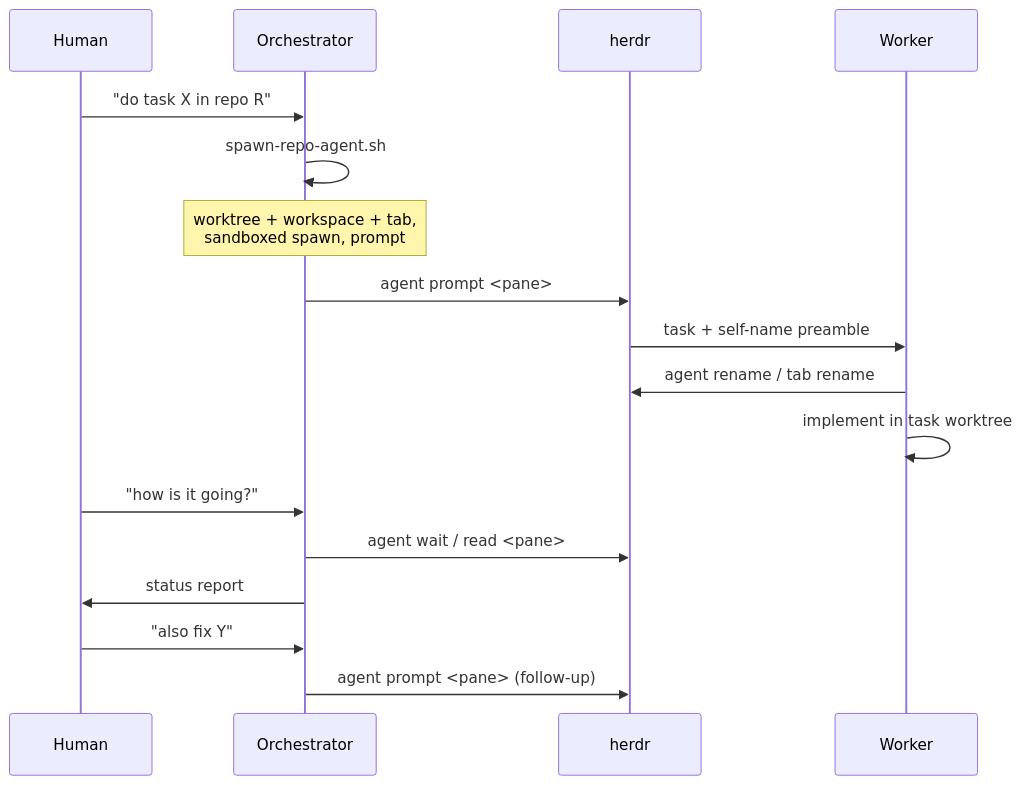
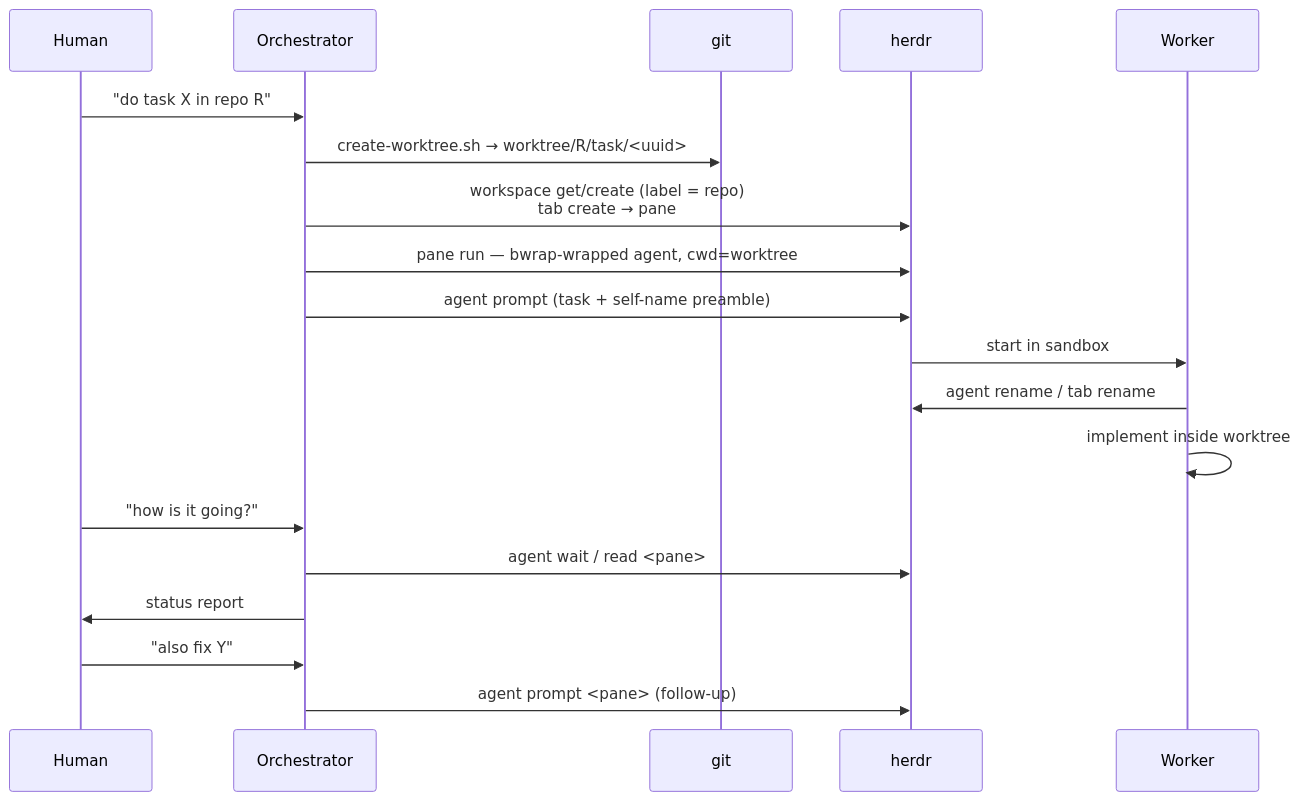
One commit to Nyarducks/Worktreeharness changed the diagram in docs/design/orchestration.md. Above: the diagram before and after it, drawn with Mermaid. The commit also changed other lines of this file and 7 other files, not shown here.

````diff
--- a/docs/design/orchestration.md
+++ b/docs/design/orchestration.md
@@ -16,20 +22,22 @@
 ```mermaid
 sequenceDiagram
     participant H as Human
     participant O as Orchestrator
+    participant G as git
     participant R as herdr
     participant W as Worker
 
     H->>O: "do task X in repo R"
-    O->>O: spawn-repo-agent.sh
-    Note over O: worktree + workspace + tab,<br/>sandboxed spawn, prompt
-    O->>R: agent prompt <pane>
-    R->>W: task + self-name preamble
+    O->>G: create-worktree.sh → worktree/R/task/<uuid>
+    O->>R: workspace get/create (label = repo)<br/>tab create → pane
+    O->>R: pane run — bwrap-wrapped agent, cwd=worktree
+    O->>R: agent prompt (task + self-name preamble)
+    R->>W: start in sandbox
     W->>R: agent rename / tab rename
-    W->>W: implement in task worktree
+    W->>W: implement inside worktree
     H->>O: "how is it going?"
     O->>R: agent wait / read <pane>
     O->>H: status report
     H->>O: "also fix Y"
     O->>R: agent prompt <pane> (follow-up)
 ```
````
